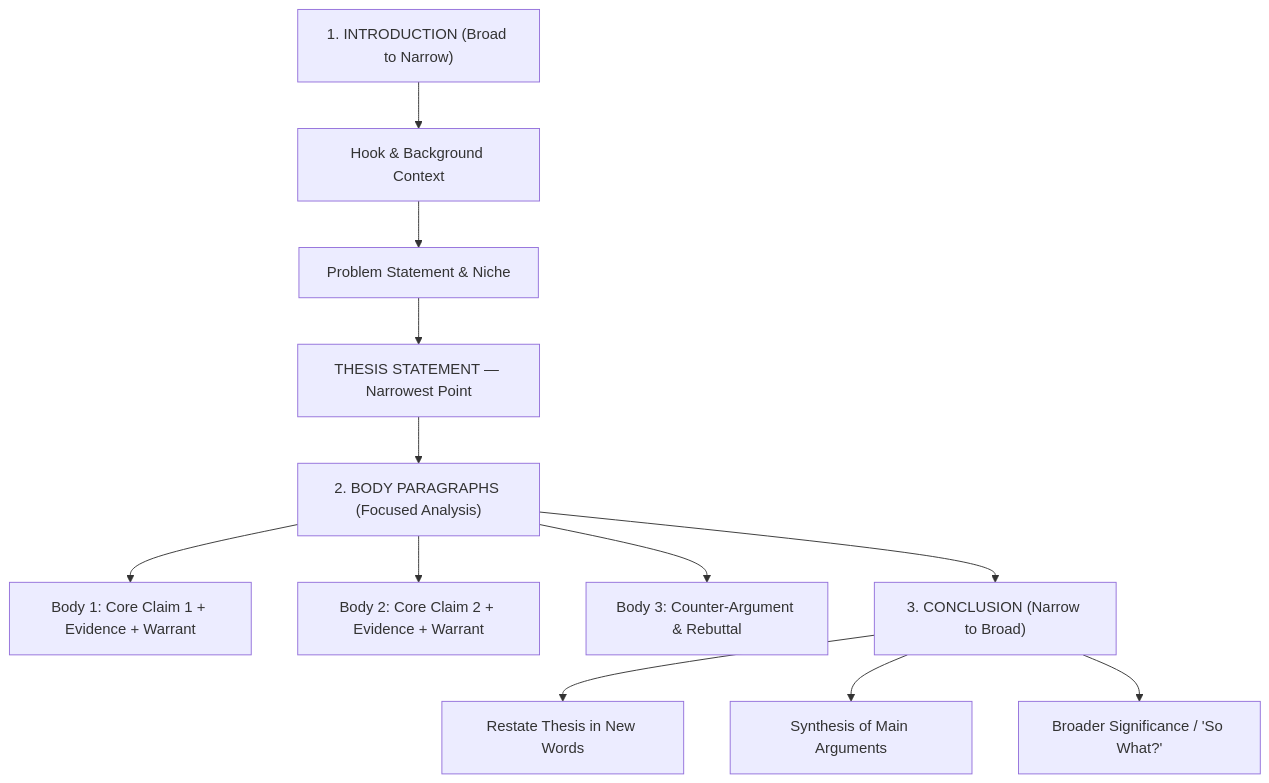
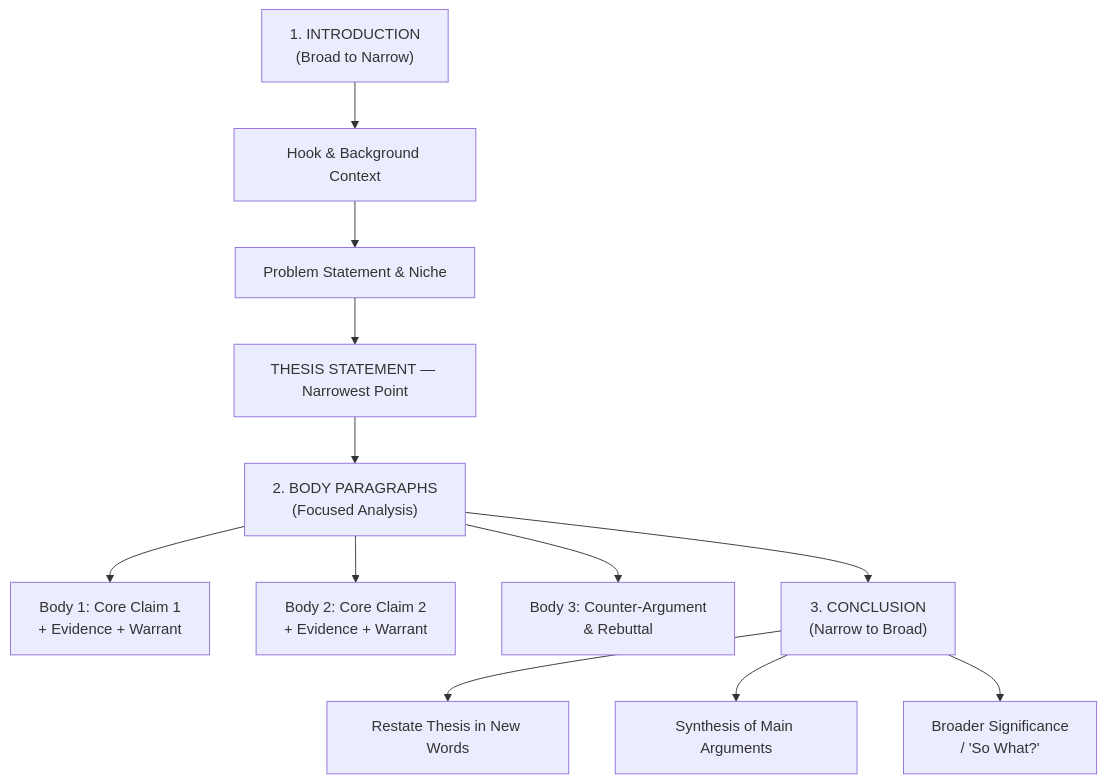
One commit to jimytao/ai-learning-module-template-Chinese changed the first of 2 diagrams in content/units/unit01_day_by_day_curriculum.md. Above: the diagram before and after it, drawn with Mermaid. The commit also changed other lines of this file and 6 other files, not shown here.

First line of the commit message:
fix(viz): fix flowchart node vertical centering & standardize content naming

````diff
--- a/content/units/unit01_day_by_day_curriculum.md
+++ b/content/units/unit01_day_by_day_curriculum.md
@@ -47,16 +48,16 @@
 ```mermaid
 flowchart TD
-  Intro["1. INTRODUCTION (Broad to Narrow)"] --> Hook["Hook & Background Context"]
+  Intro["1. INTRODUCTION<br/>(Broad to Narrow)"] --> Hook["Hook & Background Context"]
   Hook --> Problem["Problem Statement & Niche"]
   Problem --> Thesis["THESIS STATEMENT — Narrowest Point"]
 
-  Thesis --> Body["2. BODY PARAGRAPHS (Focused Analysis)"]
-  Body --> P1["Body 1: Core Claim 1 + Evidence + Warrant"]
-  Body --> P2["Body 2: Core Claim 2 + Evidence + Warrant"]
-  Body --> P3["Body 3: Counter-Argument & Rebuttal"]
+  Thesis --> Body["2. BODY PARAGRAPHS<br/>(Focused Analysis)"]
+  Body --> P1["Body 1: Core Claim 1<br/>+ Evidence + Warrant"]
+  Body --> P2["Body 2: Core Claim 2<br/>+ Evidence + Warrant"]
+  Body --> P3["Body 3: Counter-Argument<br/>& Rebuttal"]
 
-  Body --> Conc["3. CONCLUSION (Narrow to Broad)"]
+  Body --> Conc["3. CONCLUSION<br/>(Narrow to Broad)"]
   Conc --> Restate["Restate Thesis in New Words"]
   Conc --> Synthesis["Synthesis of Main Arguments"]
-  Conc --> SoWhat["Broader Significance / 'So What?'"]
+  Conc --> SoWhat["Broader Significance<br/>/ 'So What?'"]
 ```
````
